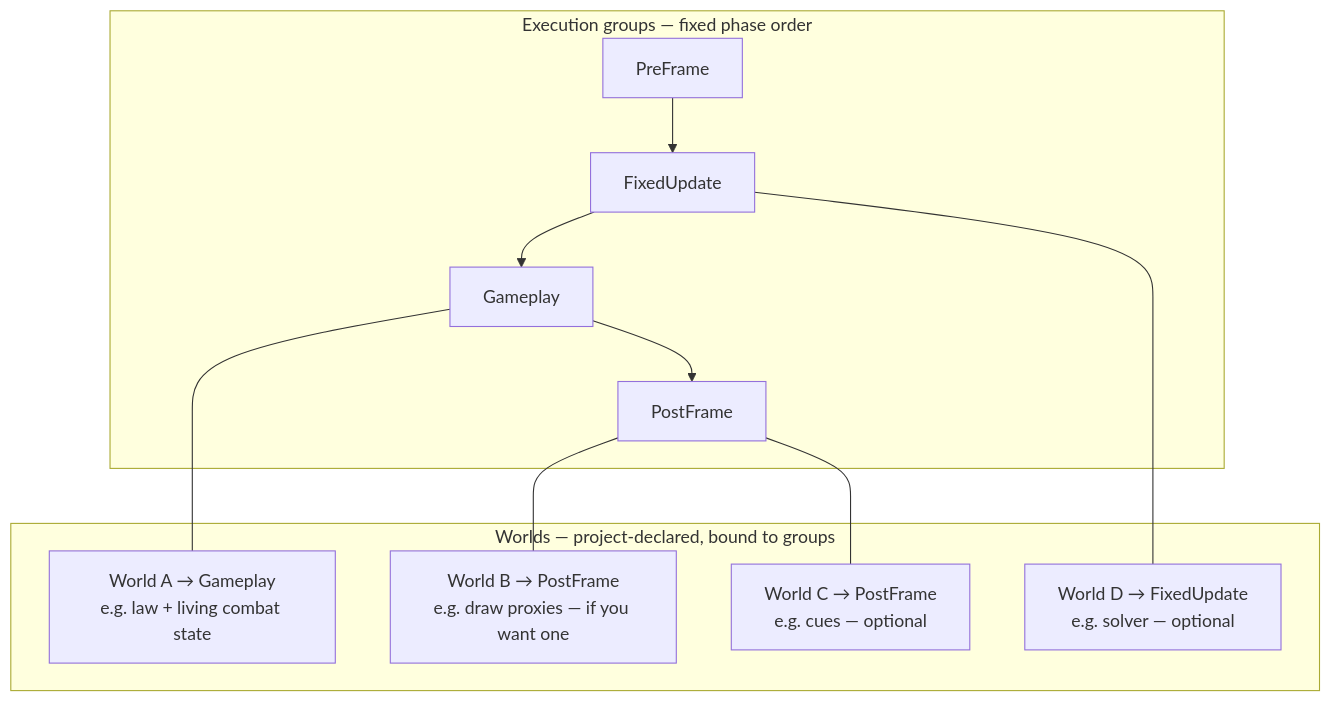
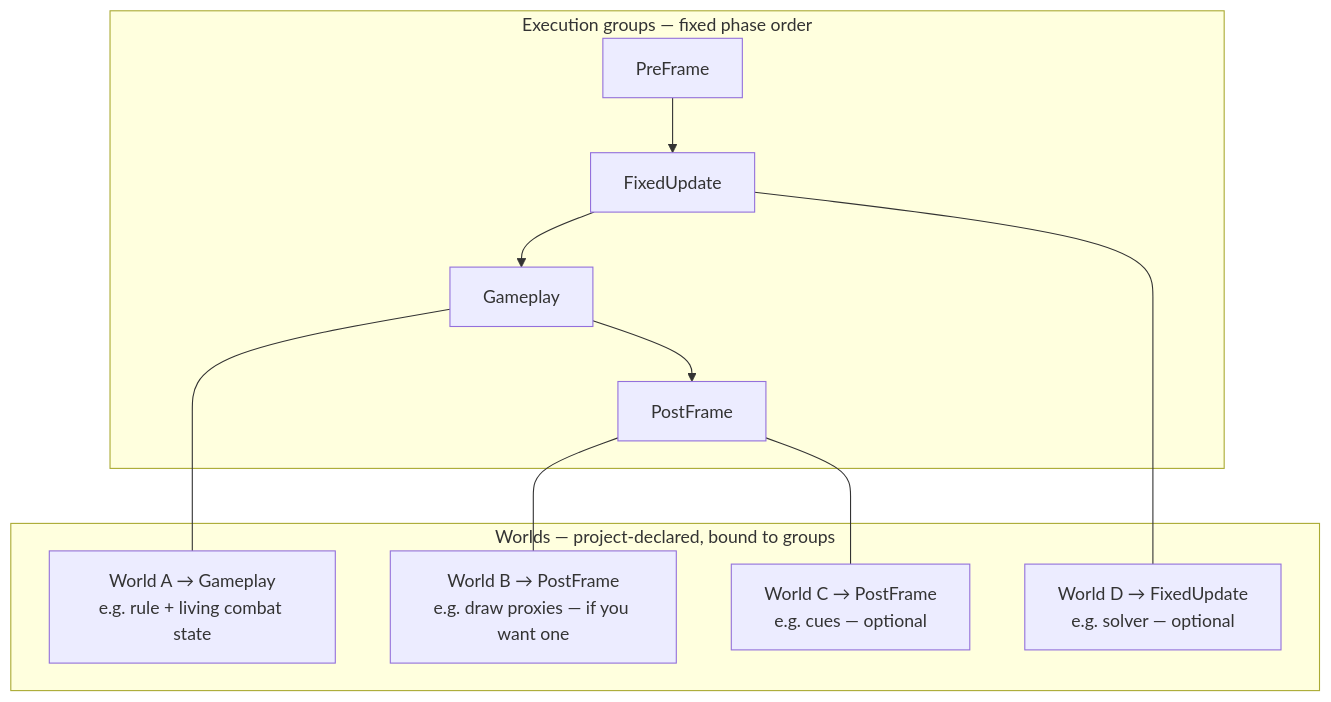
One commit to fm39hz/fm39hz-blogs changed the seventh of 16 diagrams in src/content/articles/another-way-to-think-about-game-architecture.md. Above: the diagram before and after it, drawn with Mermaid. The commit also changed other lines of this file and 1 other file, not shown here.

````diff
--- a/src/content/articles/another-way-to-think-about-game-architecture.md
+++ b/src/content/articles/another-way-to-think-about-game-architecture.md
@@ -352,22 +352,22 @@
 ```mermaid
 flowchart TB
     subgraph Groups["Execution groups — fixed phase order"]
         Pre[PreFrame]
         Fix[FixedUpdate]
         Gp[Gameplay]
         Post[PostFrame]
         Pre --> Fix --> Gp --> Post
     end
 
     subgraph Worlds["Worlds — project-declared, bound to groups"]
-        W1["World A → Gameplay<br/>e.g. law + living combat state"]
+        W1["World A → Gameplay<br/>e.g. rule + living combat state"]
         W2["World B → PostFrame<br/>e.g. draw proxies — if you want one"]
         W3["World C → PostFrame<br/>e.g. cues — optional"]
         W4["World D → FixedUpdate<br/>e.g. solver — optional"]
     end
 
     Gp --- W1
     Post --- W2
     Post --- W3
     Fix --- W4
 ```
````
